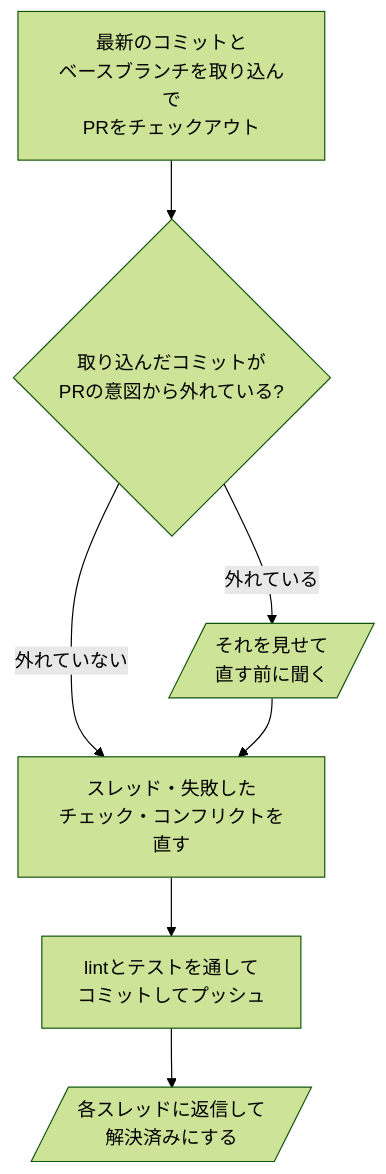
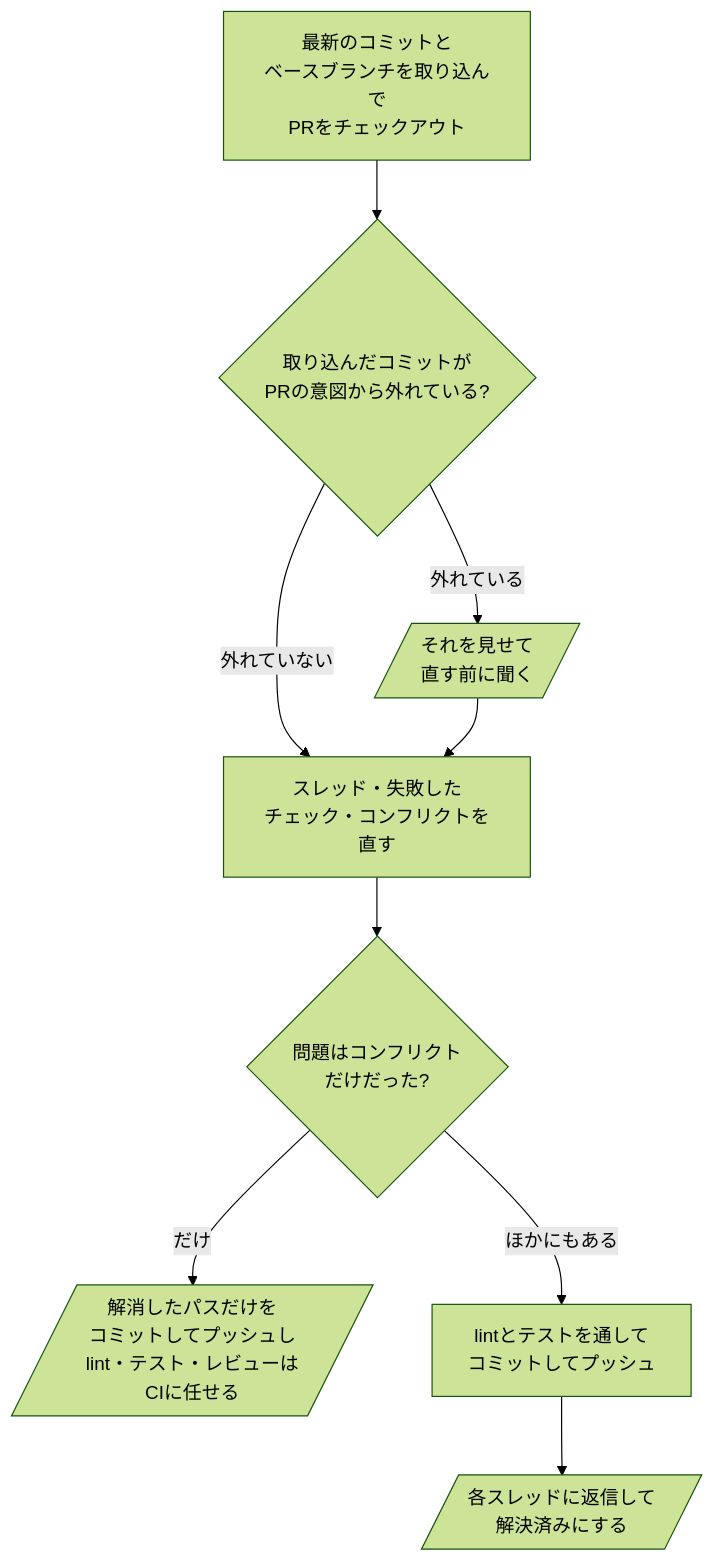
Before and after one commit to omni-stove/skill-kit: the diagram in shared/skills/fix-pr/README.ja.md, drawn with Mermaid (forest theme). The commit also changed 3 other files, not shown here.

````diff
--- a/shared/skills/fix-pr/README.ja.md
+++ b/shared/skills/fix-pr/README.ja.md
@@ -3,10 +3,12 @@
 ```mermaid
 flowchart TD
   fetch[最新のコミットと<br/>ベースブランチを取り込んで<br/>PRをチェックアウト]
   fetch --> pulled{取り込んだコミットが<br/>PRの意図から外れている?}
   pulled -- "外れている" --> ask[/それを見せて<br/>直す前に聞く/]
   pulled -- "外れていない" --> fix
   ask --> fix[スレッド・失敗した<br/>チェック・コンフリクトを直す]
-  fix --> push[lintとテストを通して<br/>コミットしてプッシュ]
+  fix --> only{問題はコンフリクト<br/>だけだった?}
+  only -- "だけ" --> merge[/解消したパスだけを<br/>コミットしてプッシュし<br/>lint・テスト・レビューは<br/>CIに任せる/]
+  only -- "ほかにもある" --> push[lintとテストを通して<br/>コミットしてプッシュ]
   push --> reply[/各スレッドに返信して<br/>解決済みにする/]
 ```
````
